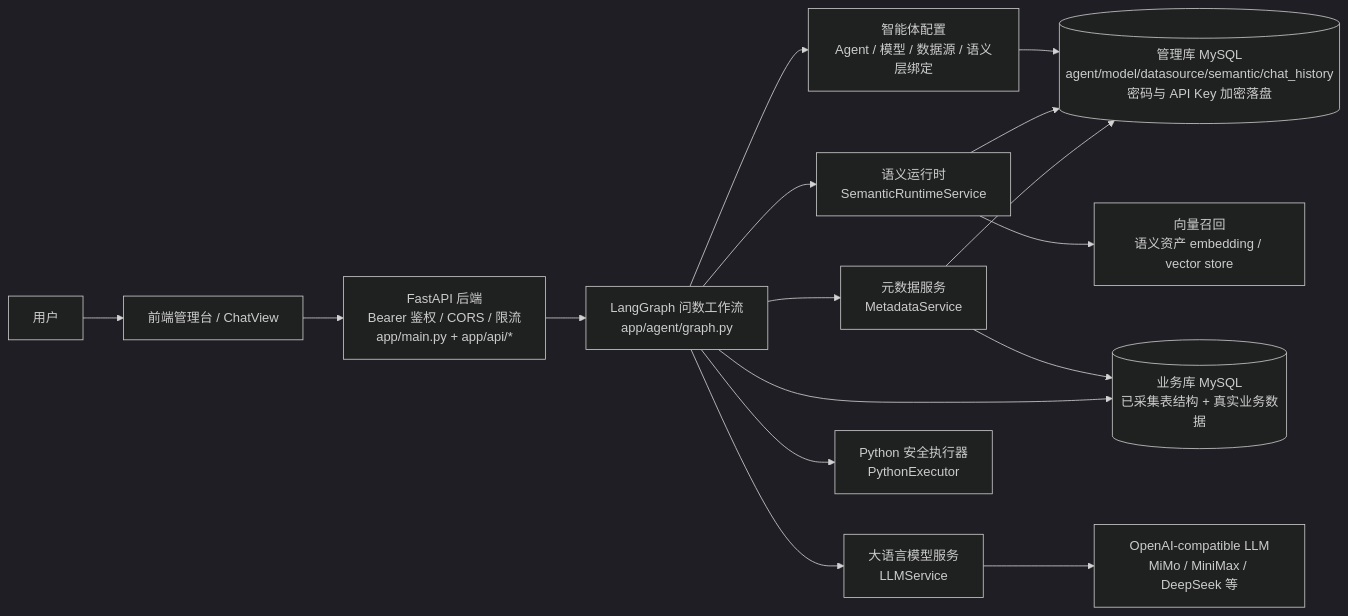
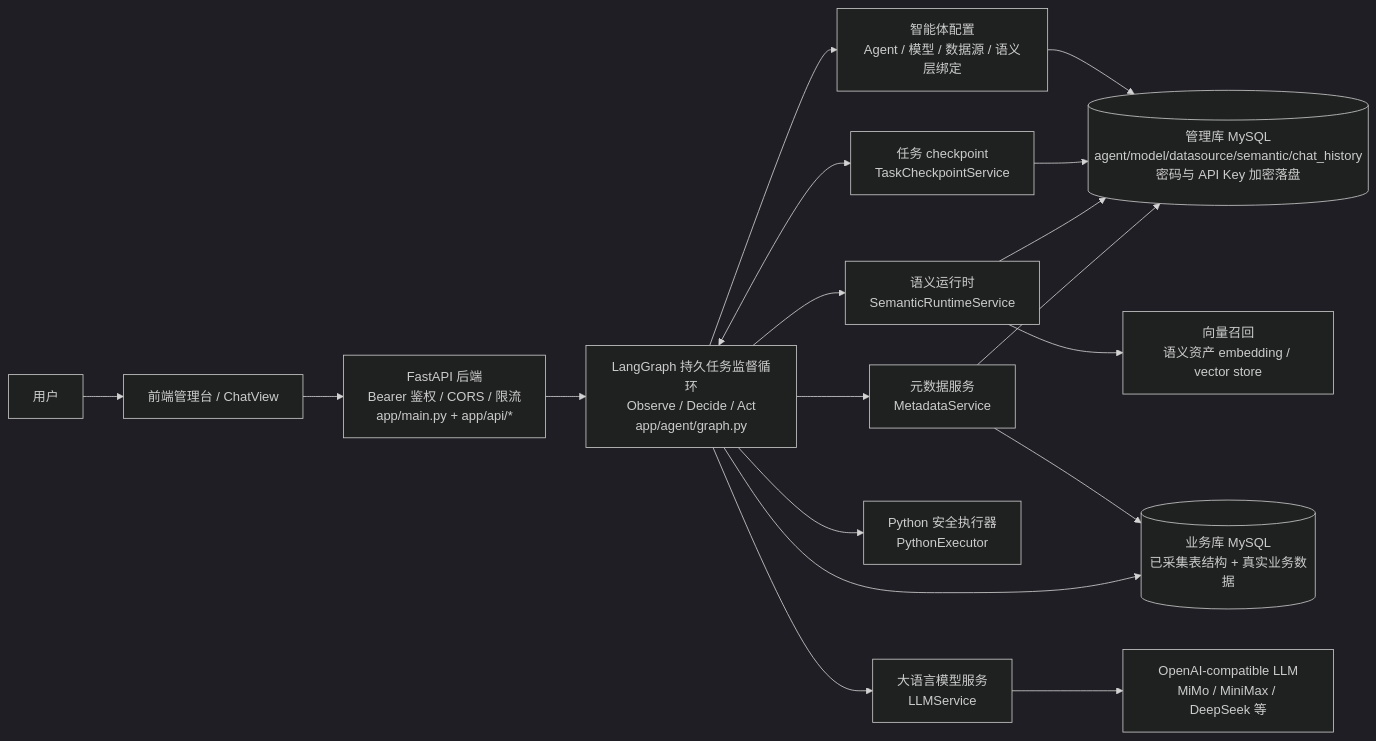
Before and after one commit to TtonyLiang/data-agent: the first of 7 diagrams in docs/project-design.md, drawn with Mermaid (dark theme). The commit also changed other lines of this file and 79 other files, not shown here.

````diff
--- a/docs/project-design.md
+++ b/docs/project-design.md
@@ -19,21 +19,23 @@
 ```mermaid
 flowchart LR
   U["用户"] --> FE["前端管理台 / ChatView"]
 
   FE --> API["FastAPI 后端<br/>Bearer 鉴权 / CORS / 限流<br/>app/main.py + app/api/*"]
-  API --> GRAPH["LangGraph 问数工作流<br/>app/agent/graph.py"]
+  API --> GRAPH["LangGraph 持久任务监督循环<br/>Observe / Decide / Act<br/>app/agent/graph.py"]
 
   GRAPH --> AGENT["智能体配置<br/>Agent / 模型 / 数据源 / 语义层绑定"]
   GRAPH --> SEM["语义运行时<br/>SemanticRuntimeService"]
   GRAPH --> META["元数据服务<br/>MetadataService"]
   GRAPH --> LLM["大语言模型服务<br/>LLMService"]
   GRAPH --> EXEC["Python 安全执行器<br/>PythonExecutor"]
+  GRAPH <--> CKPT["任务 checkpoint<br/>TaskCheckpointService"]
 
   AGENT --> MGMT[("管理库 MySQL<br/>agent/model/datasource/semantic/chat_history<br/>密码与 API Key 加密落盘")]
+  CKPT --> MGMT
   SEM --> MGMT
   META --> MGMT
   META --> BIZ[("业务库 MySQL<br/>已采集表结构 + 真实业务数据")]
   GRAPH --> BIZ
   LLM --> LLMAPI["OpenAI-compatible LLM<br/>MiMo / MiniMax / DeepSeek 等"]
   SEM --> VEC["向量召回<br/>语义资产 embedding / vector store"]
 ```
````
